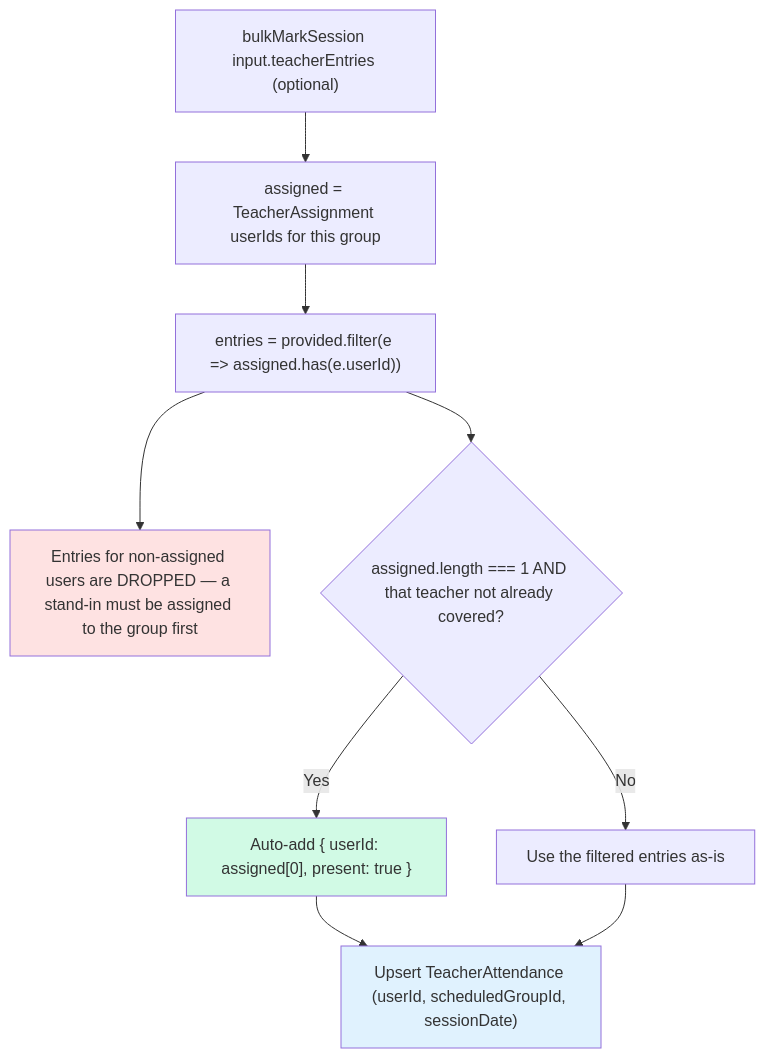
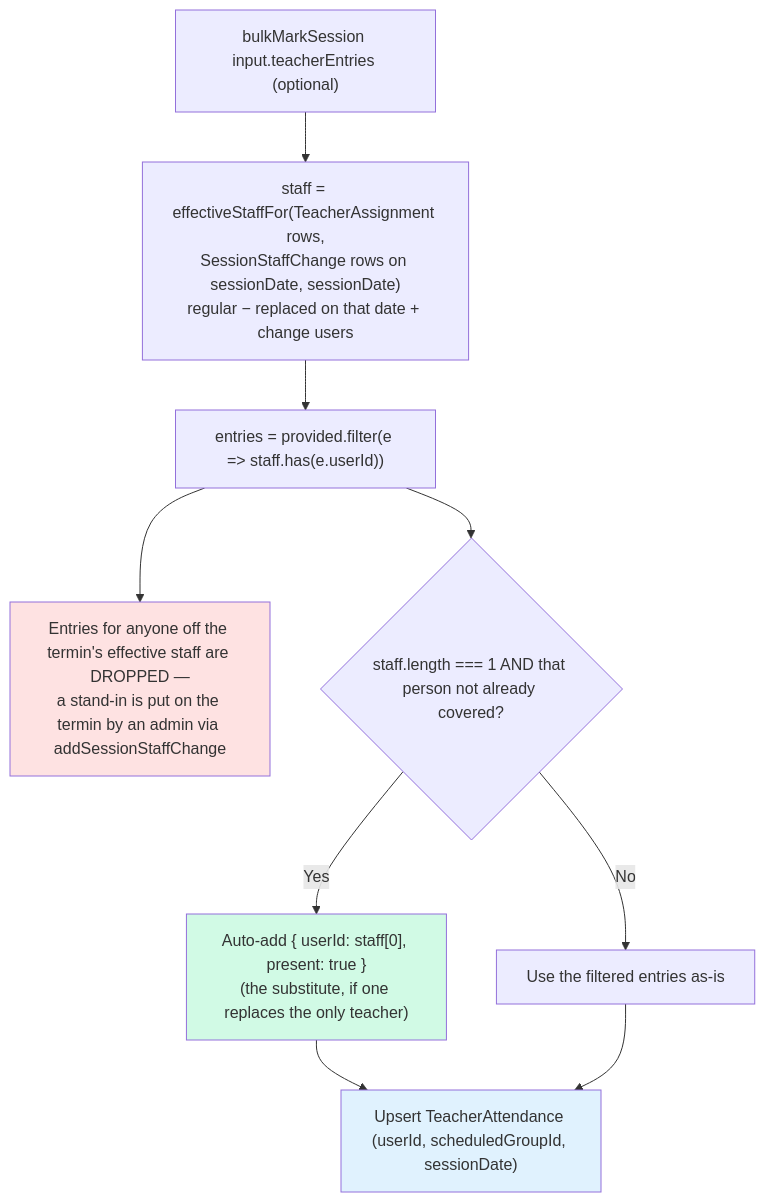
One commit to jpucic00/inovatic changed the eighth of 11 diagrams in docs/diagrams/attendance-flow.md. Above: the diagram before and after it, drawn with Mermaid. The commit also changed other lines of this file and 19 other files, not shown here.

````diff
--- a/docs/diagrams/attendance-flow.md
+++ b/docs/diagrams/attendance-flow.md
@@ -214,15 +219,15 @@
 ```mermaid
 flowchart TD
-    A["bulkMarkSession input.teacherEntries (optional)"] --> B["assigned = TeacherAssignment userIds for this group"]
-    B --> C["entries = provided.filter(e => assigned.has(e.userId))"]
-    C --> H["Entries for non-assigned users are DROPPED — a stand-in must be assigned to the group first"]
-    C --> D{"assigned.length === 1 AND that teacher not already covered?"}
-    D -->|Yes| E["Auto-add { userId: assigned[0], present: true }"]
+    A["bulkMarkSession input.teacherEntries (optional)"] --> B["staff = effectiveStaffFor(TeacherAssignment rows,<br/>SessionStaffChange rows on sessionDate, sessionDate)<br/>regular − replaced on that date + change users"]
+    B --> C["entries = provided.filter(e => staff.has(e.userId))"]
+    C --> H["Entries for anyone off the termin's effective staff are DROPPED —<br/>a stand-in is put on the termin by an admin via addSessionStaffChange"]
+    C --> D{"staff.length === 1 AND that person not already covered?"}
+    D -->|Yes| E["Auto-add { userId: staff[0], present: true }<br/>(the substitute, if one replaces the only teacher)"]
     D -->|No| F["Use the filtered entries as-is"]
     E --> G["Upsert TeacherAttendance (userId, scheduledGroupId, sessionDate)"]
     F --> G
 
     style E fill:#d1fae5
     style H fill:#fee2e2
     style G fill:#e0f2fe
 ```
````
